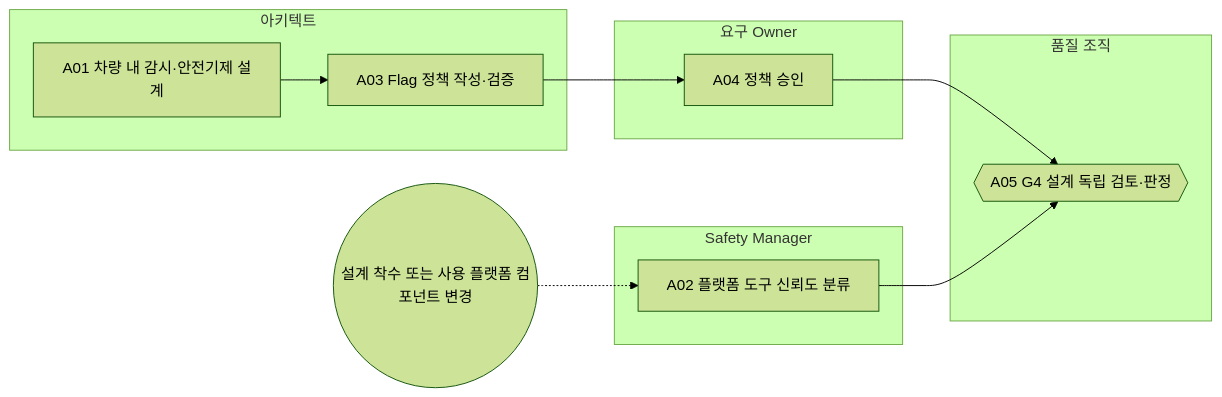
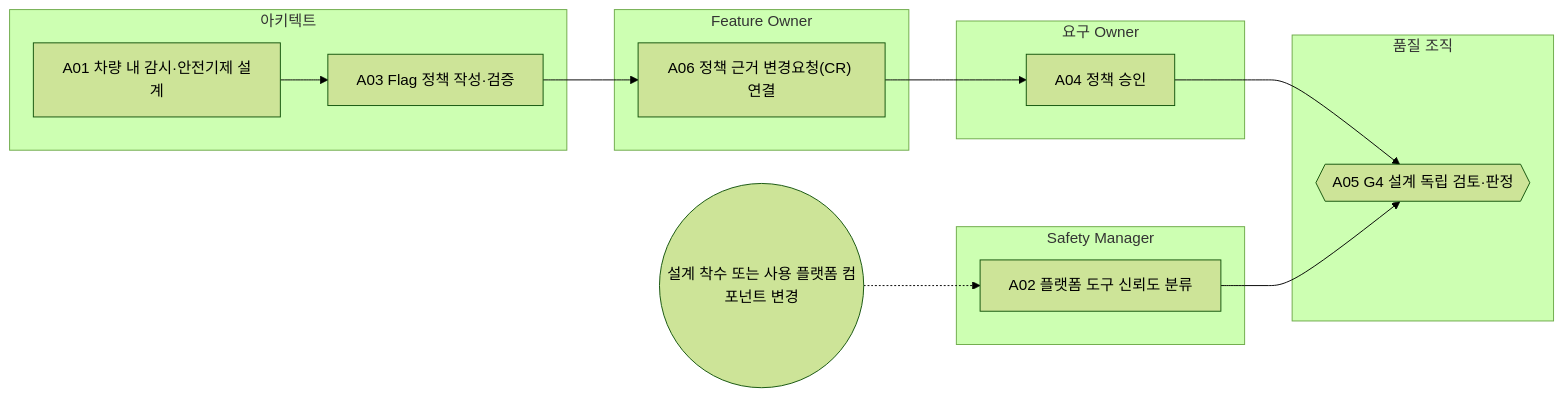
Before and after one commit to mutuuslab/feature-topology-platform: the diagram in docs/65-workflows/out/processes/FPW.4.md, drawn with Mermaid (forest theme). The commit also changed other lines of this file and 30 other files, not shown here.

````diff
--- a/docs/65-workflows/out/processes/FPW.4.md
+++ b/docs/65-workflows/out/processes/FPW.4.md
@@ -26,21 +26,25 @@
 ```mermaid
 flowchart LR
   subgraph R_ARC["아키텍트"]
     FPW_4_A01["A01 차량 내 감시·안전기제 설계"]
     FPW_4_A03["A03 Flag 정책 작성·검증"]
+  end
+  subgraph R_FO["Feature Owner"]
+    FPW_4_A06["A06 정책 근거 변경요청(CR) 연결"]
   end
   subgraph R_REQ["요구 Owner"]
     FPW_4_A04["A04 정책 승인"]
   end
   subgraph R_SM["Safety Manager"]
     FPW_4_A02["A02 플랫폼 도구 신뢰도 분류"]
   end
   subgraph R_QA["품질 조직"]
     FPW_4_A05{{"A05 G4 설계 독립 검토·판정"}}
   end
   FPW_4_A01 --> FPW_4_A03
-  FPW_4_A03 --> FPW_4_A04
+  FPW_4_A03 --> FPW_4_A06
+  FPW_4_A06 --> FPW_4_A04
   FPW_4_A04 --> FPW_4_A05
   T_FPW_4_A02(("설계 착수 또는 사용 플랫폼 컴포넌트 변경")) -.-> FPW_4_A02
   FPW_4_A02 --> FPW_4_A05
 ```
````
